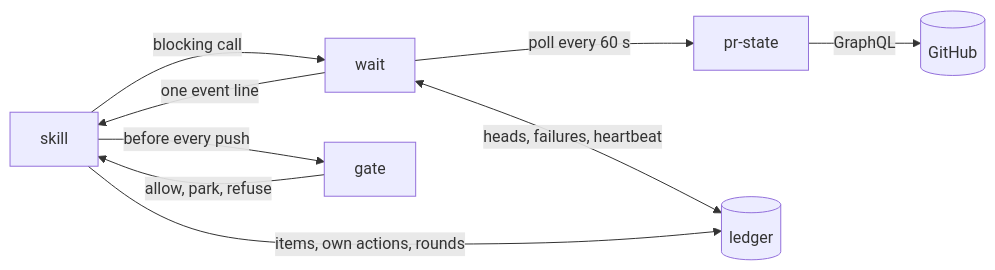
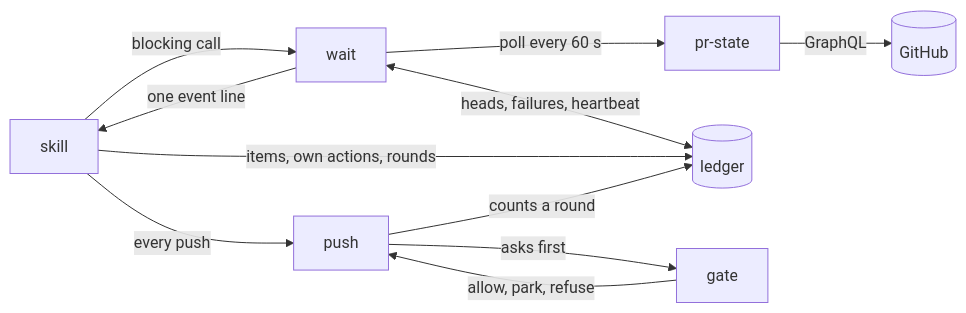
Before and after one commit to maro114510/skills: the first of 2 diagrams in docs/design/babysit.md, drawn with Mermaid. The commit also changed other lines of this file and 17 other files, not shown here.

````diff
--- a/docs/design/babysit.md
+++ b/docs/design/babysit.md
@@ -14,11 +14,13 @@
 ```mermaid
 flowchart LR
   S["skill"] -->|"blocking call"| W["wait"]
   W -->|"one event line"| S
   W -->|"poll every 60 s"| P["pr-state"]
   P -->|"GraphQL"| G[(GitHub)]
   W <-->|"heads, failures, heartbeat"| L[("ledger")]
   S -->|"items, own actions, rounds"| L
-  S -->|"before every push"| X["gate"]
-  X -->|"allow, park, refuse"| S
+  S -->|"every push"| U["push"]
+  U -->|"asks first"| X["gate"]
+  X -->|"allow, park, refuse"| U
+  U -->|"counts a round"| L
 ```
````
